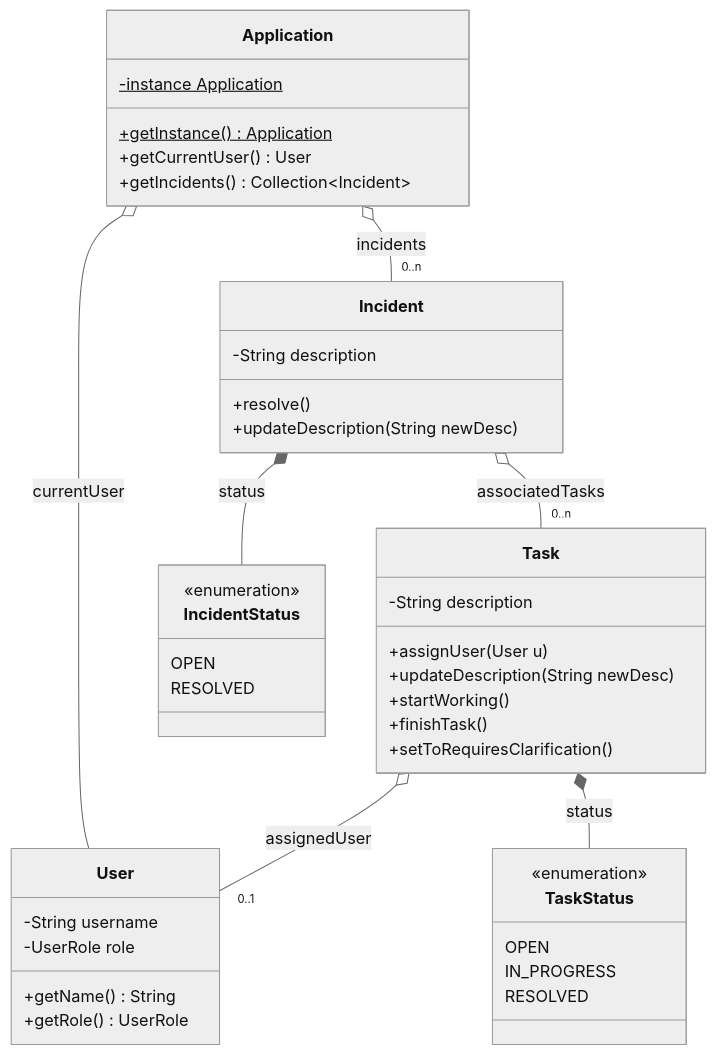
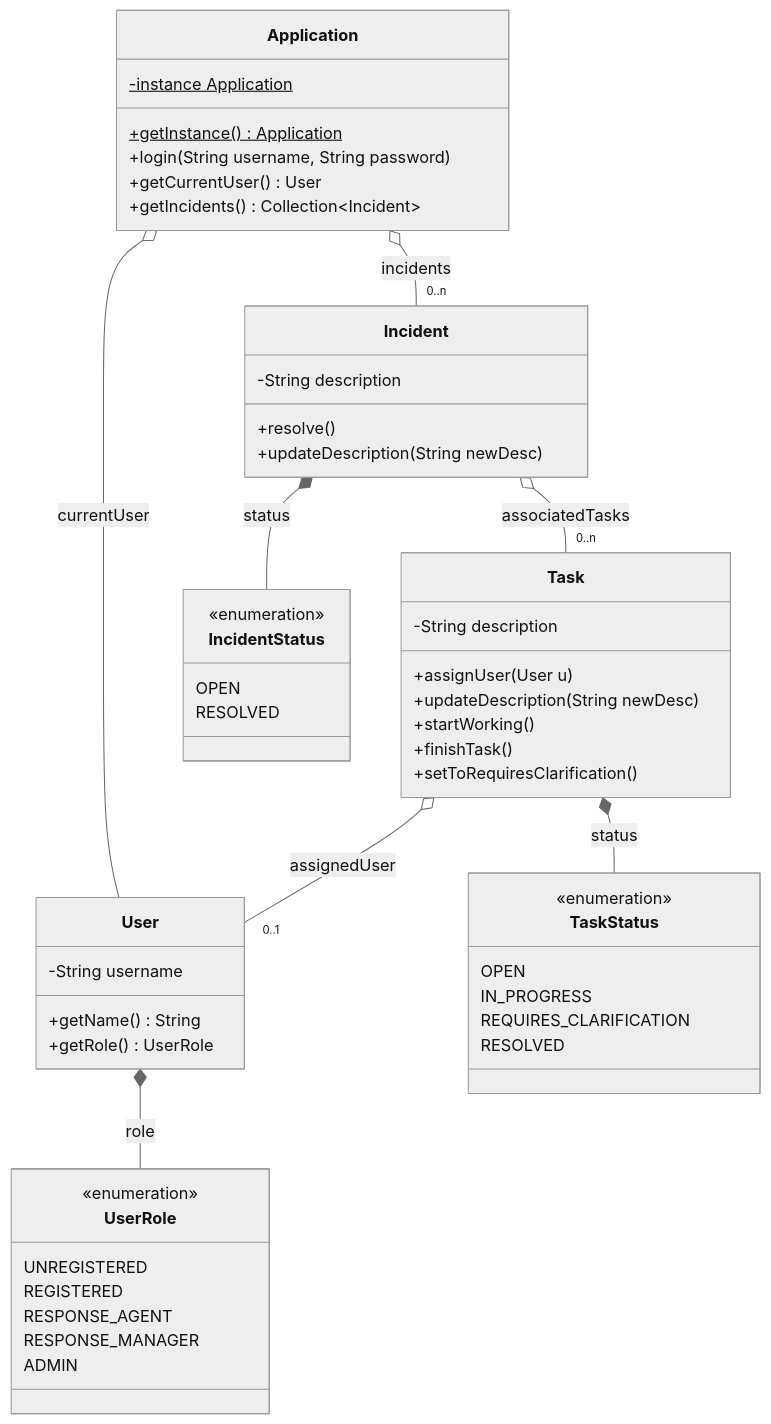
Before and after one commit to bgoeschlberger/IncidentTasks: the diagram in classDiagram.md, drawn with Mermaid (neutral theme).

Commit message:
added Login and updated UserRole
updated the class diagram

````diff
--- a/classDiagram.md
+++ b/classDiagram.md
@@ -1,49 +1,59 @@
 ```mermaid
 classDiagram
     class Application{
         +getInstance() Application$
         -instance Application$
+        +login(String username, String password)
         +getCurrentUser() User
         +getIncidents() Collection~Incident~
     }
     class User{
         +getName() String
         +getRole() UserRole
         -String username
-        -UserRole role
+    }
+    class UserRole{
+        <<enumeration>>
+        UNREGISTERED
+        REGISTERED
+        RESPONSE_AGENT
+        RESPONSE_MANAGER
+        ADMIN
     }
 
     Application o-- User : currentUser
+    User *-- UserRole : role
 
     class Incident {
         -String description     
         +resolve()
         +updateDescription(String newDesc)
     }
     class Task{
         -String description
         +assignUser(User u)
         +updateDescription(String newDesc)
         +startWorking()
         +finishTask()
         +setToRequiresClarification()
     }
 
     class IncidentStatus {
         <<enumeration>>
         OPEN
         RESOLVED
     }
     class TaskStatus {
         <<enumeration>>
         OPEN
         IN_PROGRESS
+        REQUIRES_CLARIFICATION
         RESOLVED
     }
 
     Incident o-- "0..n" Task : associatedTasks
     Incident *-- IncidentStatus : status
     Task *-- TaskStatus : status
     Task  o-- "0..1" User : assignedUser
     Application  o-- "0..n" Incident : incidents
 ```
````
